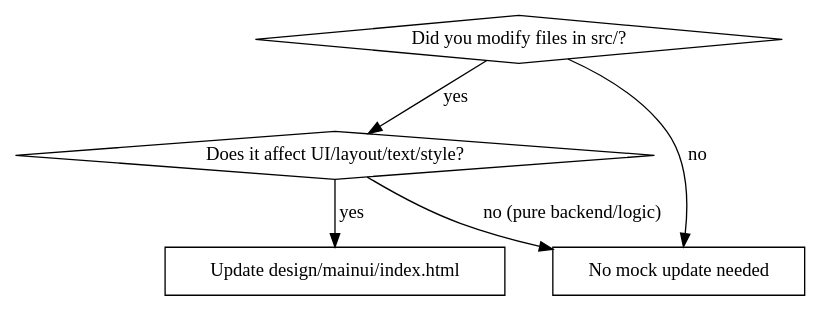
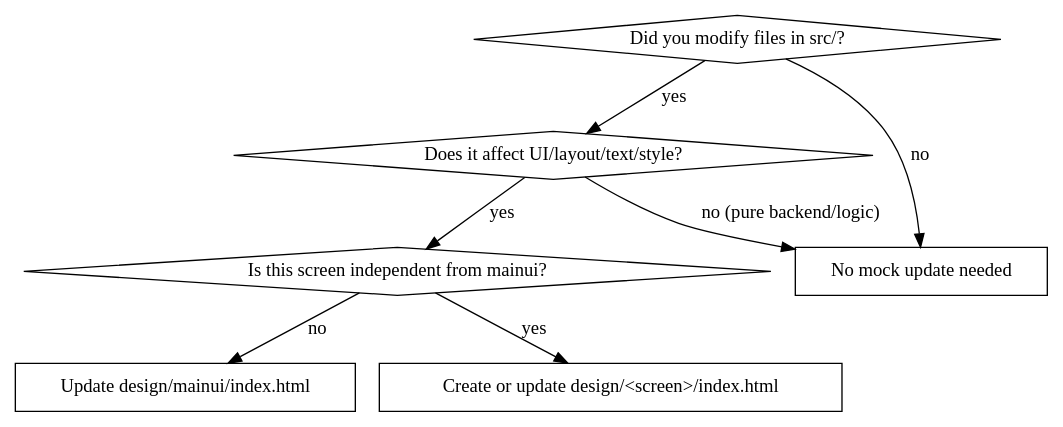
One commit to soakaye/xlseek changed the diagram in .agents/skills/syncing-mainui-mock/SKILL.md. Above: the diagram before and after it, drawn with Graphviz. The commit also changed other lines of this file, not shown here.

Commit message:
Update UI mock sync guidance for independent screens

````diff
--- a/.agents/skills/syncing-mainui-mock/SKILL.md
+++ b/.agents/skills/syncing-mainui-mock/SKILL.md
@@ -30,13 +30,17 @@
 ```dot
 digraph when_sync_mock {
     "Did you modify files in src/?" [shape=diamond];
     "Does it affect UI/layout/text/style?" [shape=diamond];
+    "Is this screen independent from mainui?" [shape=diamond];
     "Update design/mainui/index.html" [shape=box];
+    "Create or update design/<screen>/index.html" [shape=box];
     "No mock update needed" [shape=box];
 
     "Did you modify files in src/?" -> "Does it affect UI/layout/text/style?" [label="yes"];
     "Did you modify files in src/?" -> "No mock update needed" [label="no"];
-    "Does it affect UI/layout/text/style?" -> "Update design/mainui/index.html" [label="yes"];
+    "Does it affect UI/layout/text/style?" -> "Is this screen independent from mainui?" [label="yes"];
     "Does it affect UI/layout/text/style?" -> "No mock update needed" [label="no (pure backend/logic)"];
+    "Is this screen independent from mainui?" -> "Create or update design/<screen>/index.html" [label="yes"];
+    "Is this screen independent from mainui?" -> "Update design/mainui/index.html" [label="no"];
 }
 ```
````
